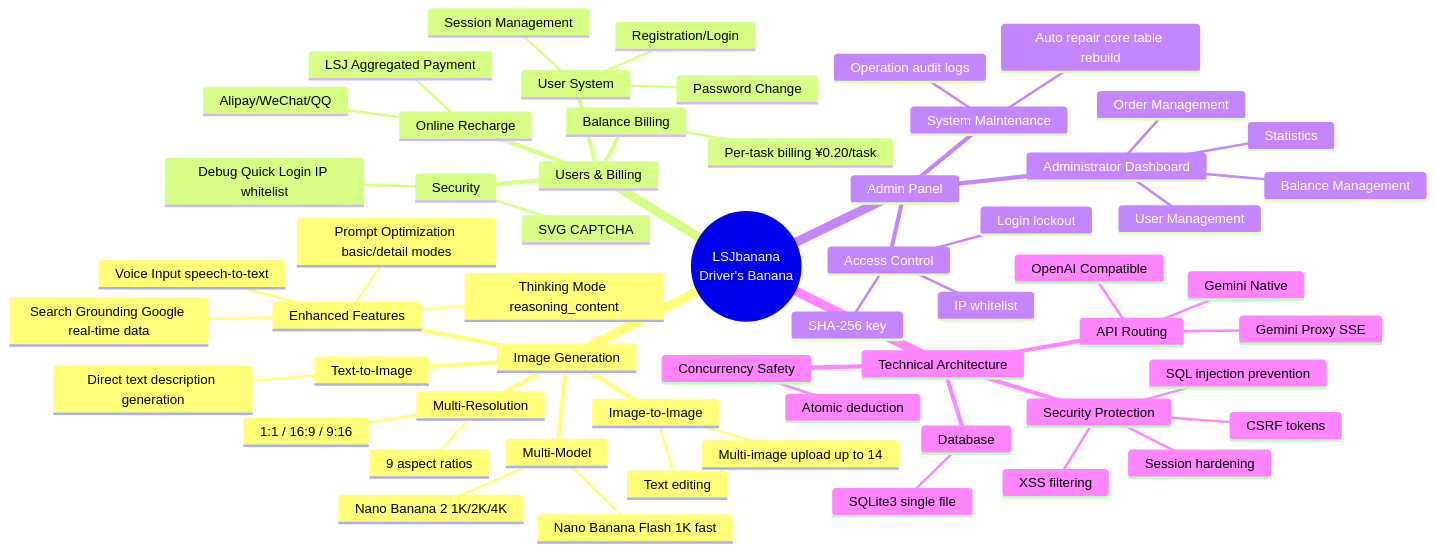
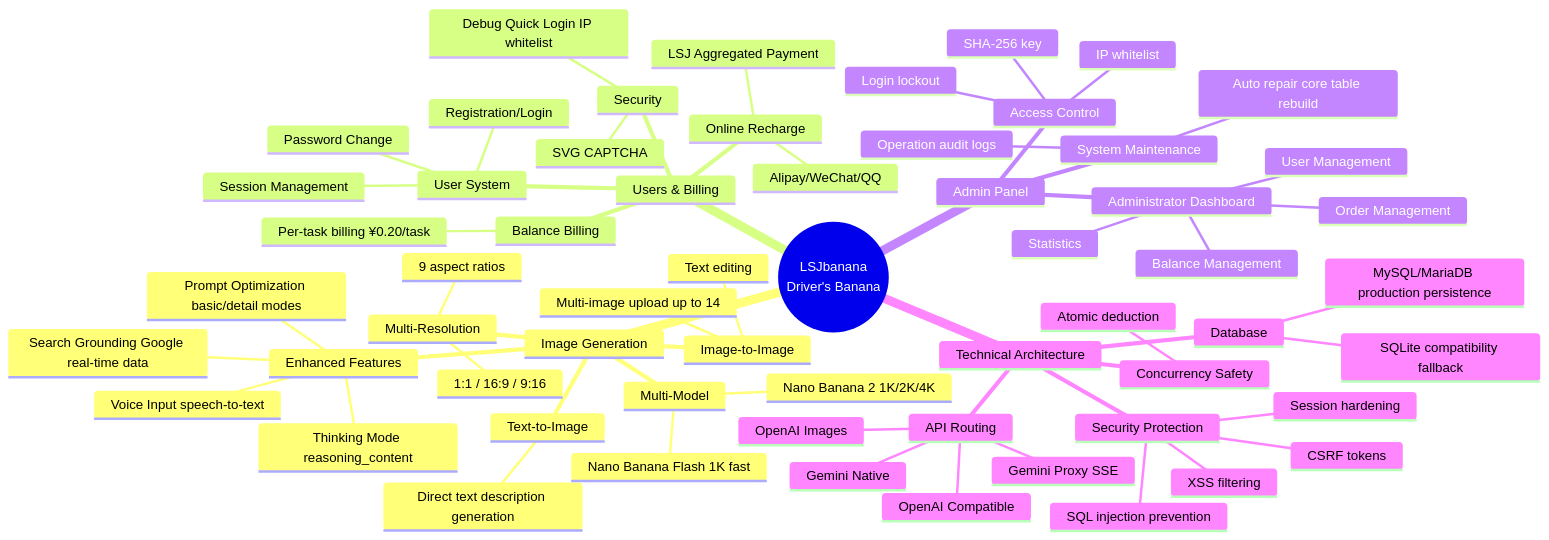
Before and after one commit to RusianHu/LSJbanana: the diagram in README.EN.md, drawn with Mermaid. The commit also changed other lines of this file and 16 other files, not shown here.

Commit message:
feat: add MySQL persistence and OpenAI Images deployment

````diff
--- a/README.EN.md
+++ b/README.EN.md
@@ -9,61 +9,63 @@
 ```mermaid
 mindmap
   root((LSJbanana<br>Driver's Banana))
     Image Generation
       Text-to-Image
         Direct text description generation
       Image-to-Image
         Multi-image upload up to 14
         Text editing
       Multi-Model
         Nano Banana 2 1K/2K/4K
         Nano Banana Flash 1K fast
       Multi-Resolution
         9 aspect ratios
         1:1 / 16:9 / 9:16
       Enhanced Features
         Search Grounding Google real-time data
         Prompt Optimization basic/detail modes
         Voice Input speech-to-text
         Thinking Mode reasoning_content
     Users & Billing
       User System
         Registration/Login
         Session Management
         Password Change
       Balance Billing
         Per-task billing ¥0.20/task
       Online Recharge
         LSJ Aggregated Payment
         Alipay/WeChat/QQ
       Security
         SVG CAPTCHA
         Debug Quick Login IP whitelist
     Admin Panel
       Administrator Dashboard
         User Management
         Order Management
         Balance Management
         Statistics
       Access Control
         SHA-256 key
         IP whitelist
         Login lockout
       System Maintenance
         Operation audit logs
         Auto repair core table rebuild
     Technical Architecture
       Database
-        SQLite3 single file
+        MySQL/MariaDB production persistence
+        SQLite compatibility fallback
       API Routing
         Gemini Native
         OpenAI Compatible
+        OpenAI Images
         Gemini Proxy SSE
       Security Protection
         CSRF tokens
         SQL injection prevention
         XSS filtering
         Session hardening
       Concurrency Safety
         Atomic deduction
 ```
````
